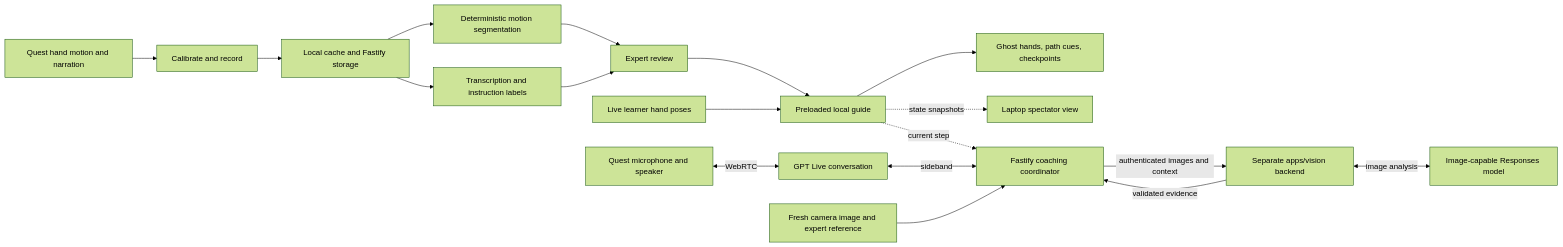
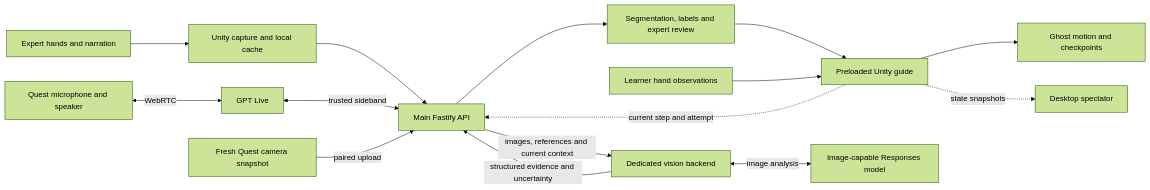
Before and after one commit to aidanjnn/teachAR: the diagram in README.md, drawn with Mermaid (forest theme). The commit also changed other lines of this file and 15 other files, not shown here.

````diff
--- a/README.md
+++ b/README.md
@@ -56,20 +82,17 @@
 ```mermaid
 flowchart LR
-    Capture[Quest hand motion and narration] --> Record[Calibrate and record]
-    Record --> Store[Local cache and Fastify storage]
-    Store --> Motion[Deterministic motion segmentation]
-    Store --> AI[Transcription and instruction labels]
-    Motion --> Review[Expert review]
-    AI --> Review
-    Review --> Guide[Preloaded local guide]
-    Hands[Live learner hand poses] --> Guide
-    Guide --> Feedback[Ghost hands, path cues, checkpoints]
-    Guide -. state snapshots .-> Spectator[Laptop spectator view]
-    Guide -. current step .-> Coach[Fastify coaching coordinator]
-    Headset[Quest microphone and speaker] <-->|WebRTC| Live[GPT Live conversation]
-    Live <-->|sideband| Coach
-    Scene[Fresh camera image and expert reference] --> Coach
-    Coach -->|authenticated images and context| Vision[Separate apps/vision backend]
+    Expert[Expert hands and narration] --> Capture[Unity capture and local cache]
+    Capture --> API[Main Fastify API]
+    API --> Author[Segmentation, labels and expert review]
+    Author --> Guide[Preloaded Unity guide]
+    Hands[Learner hand observations] --> Guide
+    Guide --> Ghost[Ghost motion and checkpoints]
+    Guide -. current step and attempt .-> API
+    Guide -. state snapshots .-> Desktop[Desktop spectator]
+    Audio[Quest microphone and speaker] <-->|WebRTC| Live[GPT Live]
+    Live <-->|trusted sideband| API
+    Camera[Fresh Quest camera snapshot] -->|paired upload| API
+    API -->|images, references and current context| Vision[Dedicated vision backend]
     Vision <-->|image analysis| Model[Image-capable Responses model]
-    Vision -->|validated evidence| Coach
+    Vision -->|structured evidence and uncertainty| API
 ```
````
